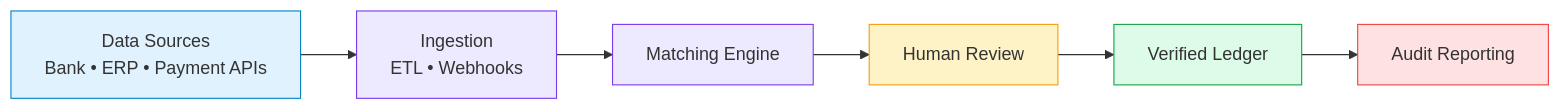
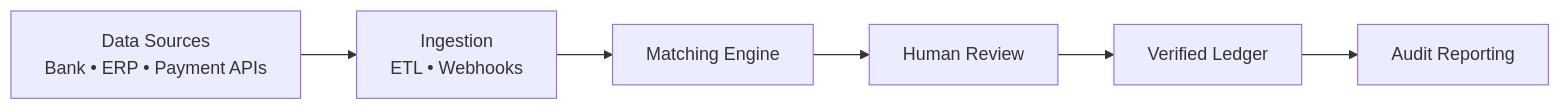
One commit to Hardonian/Hardonian changed the second of 5 diagrams in README.md. Above: the diagram before and after it, drawn with Mermaid. The commit also changed other lines of this file, not shown here.

````diff
--- a/README.md
+++ b/README.md
@@ -119,29 +103,16 @@
 ```mermaid
 flowchart LR
-
-classDef data fill:#e0f2fe,stroke:#0284c7
-classDef process fill:#ede9fe,stroke:#7c3aed
-classDef human fill:#fef3c7,stroke:#f59e0b
-classDef ledger fill:#dcfce7,stroke:#16a34a
-classDef audit fill:#fee2e2,stroke:#ef4444
 
 Sources["Data Sources\nBank • ERP • Payment APIs"]
 Ingestion["Ingestion\nETL • Webhooks"]
 Matcher["Matching Engine"]
 Review["Human Review"]
 Ledger["Verified Ledger"]
 Audit["Audit Reporting"]
 
 Sources --> Ingestion
 Ingestion --> Matcher
 Matcher --> Review
 Review --> Ledger
 Ledger --> Audit
-
-class Sources data
-class Ingestion process
-class Matcher process
-class Review human
-class Ledger ledger
-class Audit audit
 ```
````
